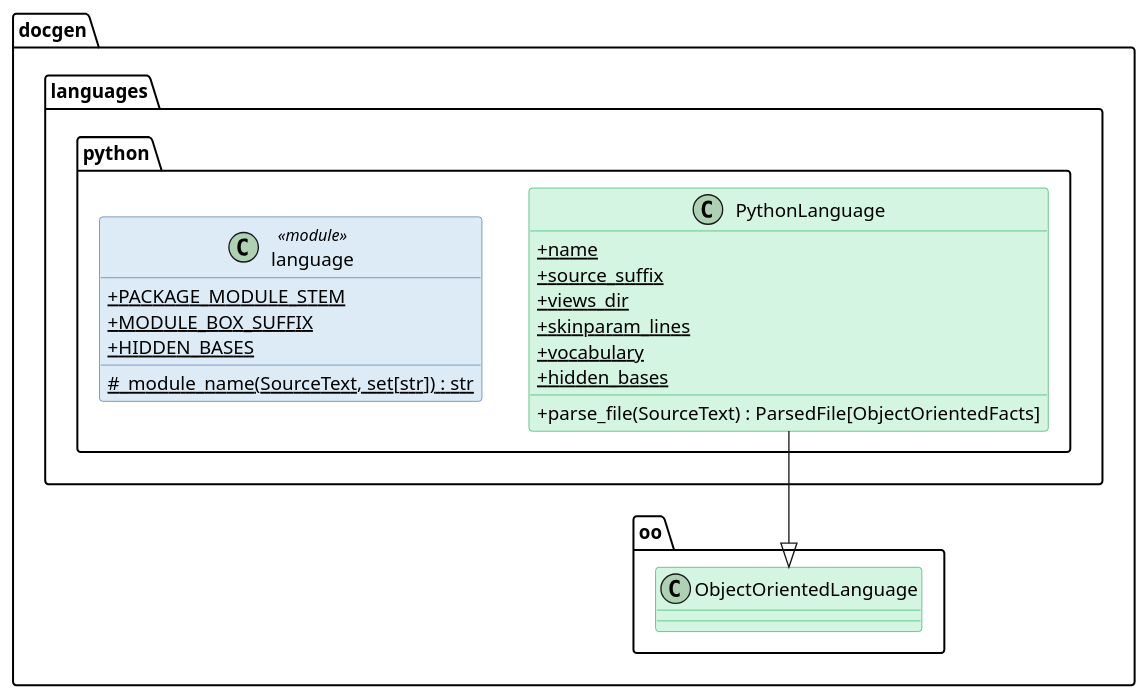
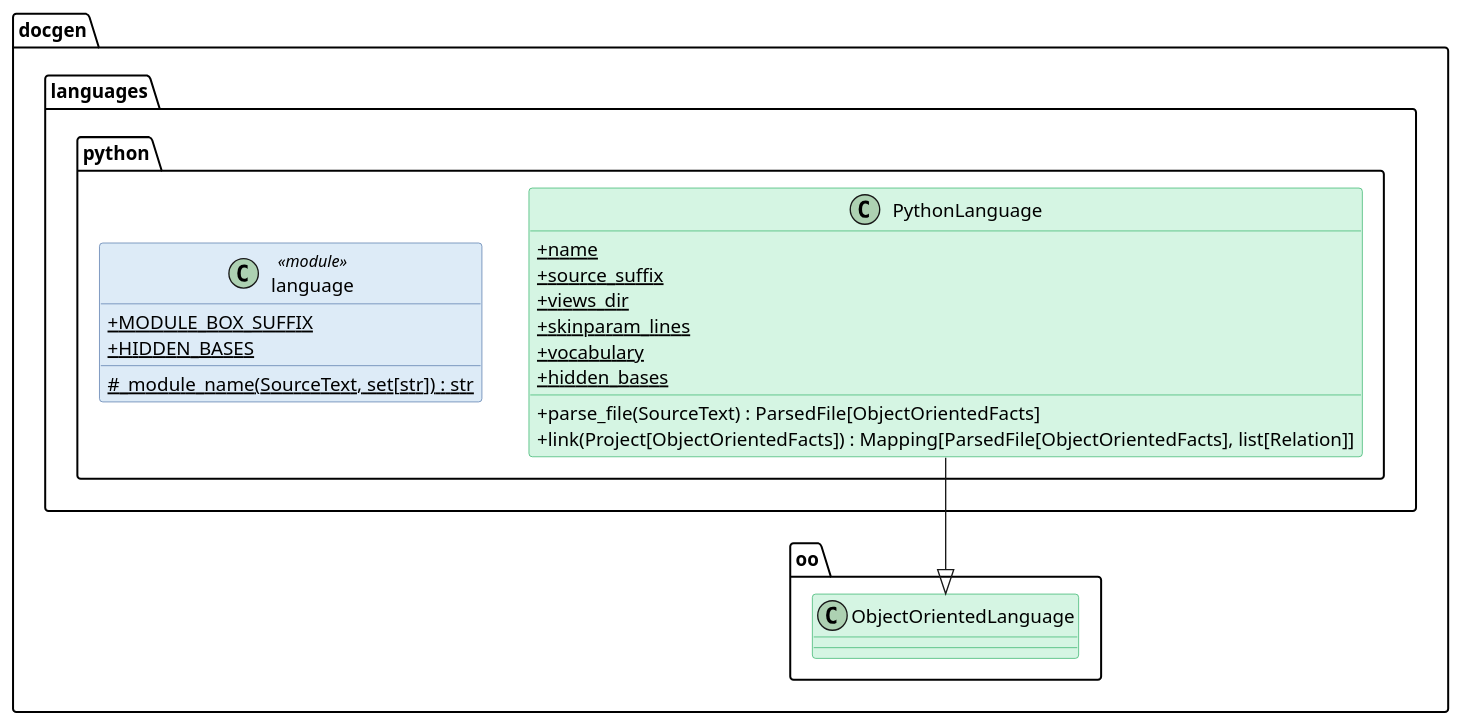
Before and after one commit to Boulede987/DocGeneration: the diagram in docs/Modelisation/ClassDiagram/docgen/languages/python/language.puml, drawn with PlantUML. The commit also changed 100 other files, not shown here.

```diff
--- a/docs/Modelisation/ClassDiagram/docgen/languages/python/language.puml
+++ b/docs/Modelisation/ClassDiagram/docgen/languages/python/language.puml
@@ -1,55 +1,55 @@
 @startuml language
 
 skinparam classAttributeIconSize 0
 skinparam shadowing false
 
 skinparam class {
   BackgroundColor<<interface>> #D6EAF8
   BorderColor<<interface>> #2E86C1
 }
 skinparam class {
   BackgroundColor<<abstract>> #E8DAEF
   BorderColor<<abstract>> #8E44AD
 }
 skinparam class {
   BackgroundColor #D5F5E3
   BorderColor #27AE60
 }
 skinparam class {
   BackgroundColor<<dataclass>> #FCF3CF
   BorderColor<<dataclass>> #B7950B
 }
 skinparam class {
   BackgroundColor<<module>> #DDEBF7
   BorderColor<<module>> #4A6FA5
 }
 skinparam class {
   BackgroundColor<<static>> #a7faa0
   BorderColor<<static>> #38d610
 }
 skinparam class {
   BackgroundColor<<enum>> #F5B7B1
   BorderColor<<enum>> #C0392B
 }
 
 namespace docgen.languages.python {
 class PythonLanguage {
   + {static} name
   + {static} source_suffix
   + {static} views_dir
   + {static} skinparam_lines
   + {static} vocabulary
   + {static} hidden_bases
   + parse_file(SourceText) : ParsedFile[ObjectOrientedFacts]
+  + link(Project[ObjectOrientedFacts]) : Mapping[ParsedFile[ObjectOrientedFacts], list[Relation]]
 }
 class language <<module>> {
-  + {static} PACKAGE_MODULE_STEM
   + {static} MODULE_BOX_SUFFIX
   + {static} HIDDEN_BASES
   # {static} _module_name(SourceText, set[str]) : str
 }
 }
 
 docgen.languages.python.PythonLanguage --|> docgen.oo.ObjectOrientedLanguage
 
 @enduml
```
